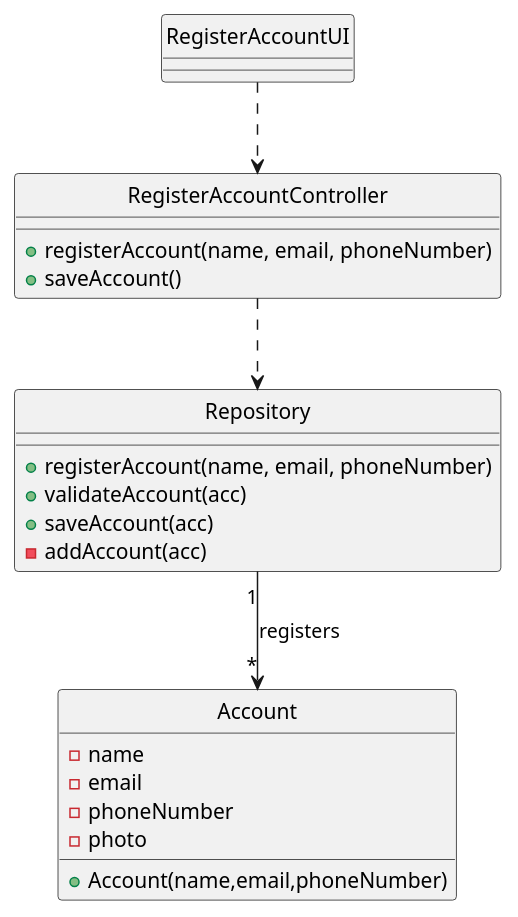
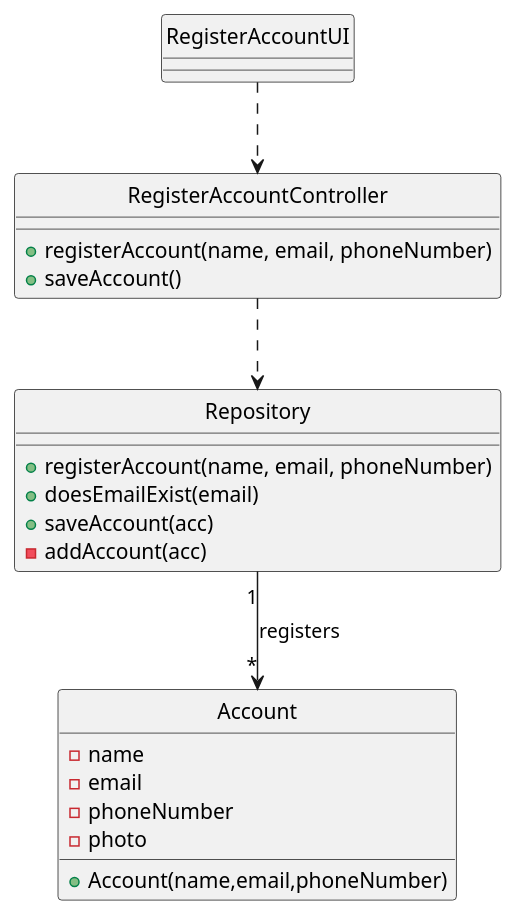
The diagram in docs/modelling_design/user_stories/us002/US002_Class_Diagram.puml (Loracline/project_switch_22-23), drawn with PlantUML before and after one commit. The commit also changed 4 other files, not shown here.

Commit message:
US 002,003, 005 , 006 Design: update class Diagram / update SD, replace Validate Account and IsUserValid for DoesEmailExist

```diff
--- a/docs/modelling_design/user_stories/us002/US002_Class_Diagram.puml
+++ b/docs/modelling_design/user_stories/us002/US002_Class_Diagram.puml
@@ -1,36 +1,36 @@
 @startuml
 'https://plantuml.com/class-diagram
 
 class "RegisterAccountUI"{
 }
 
 class "RegisterAccountController" {
 +registerAccount(name, email, phoneNumber)
 +saveAccount()
 }
 
 class "Repository" {
 +registerAccount(name, email, phoneNumber)
-+validateAccount(acc)
++doesEmailExist(email)
 +saveAccount(acc)
 -addAccount(acc)
 }
 
 class "Account" {
 -name
 -email
 -phoneNumber
 -photo
 +Account(name,email,phoneNumber)
 }
 
 hide "Account" circle
 hide "RegisterAccountController" circle
 hide "RegisterAccountUI" circle
 hide "Repository" circle
 
 "RegisterAccountUI" ..>  "RegisterAccountController"
 "RegisterAccountController" ..>  "Repository"
 "Repository" "1" --> "*" "Account": registers
 
 @enduml
```
